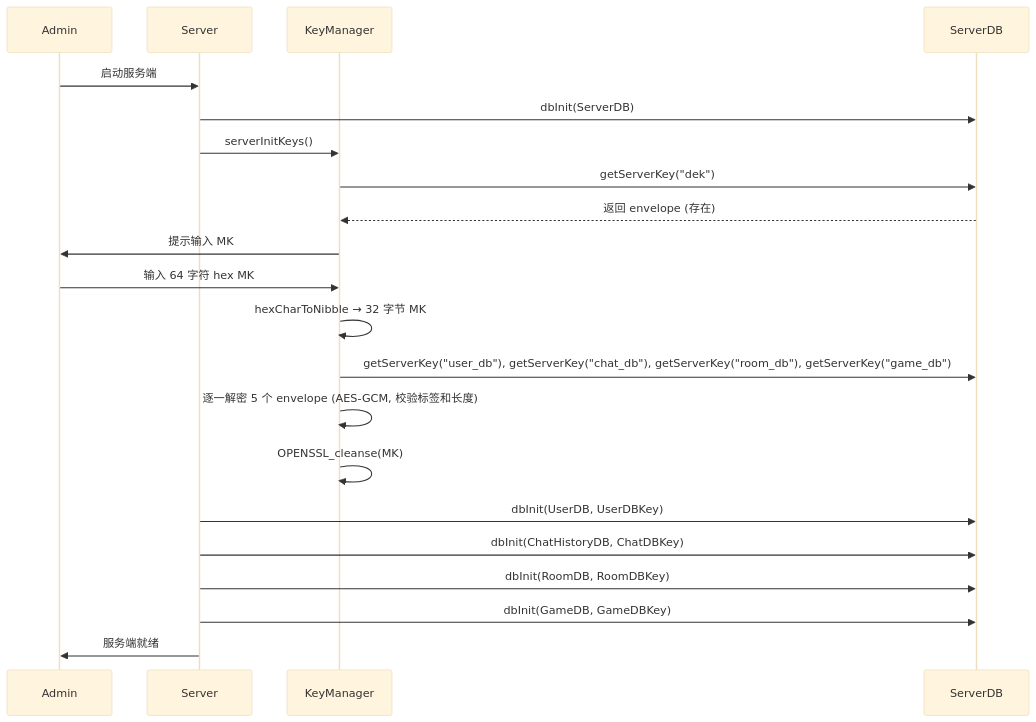
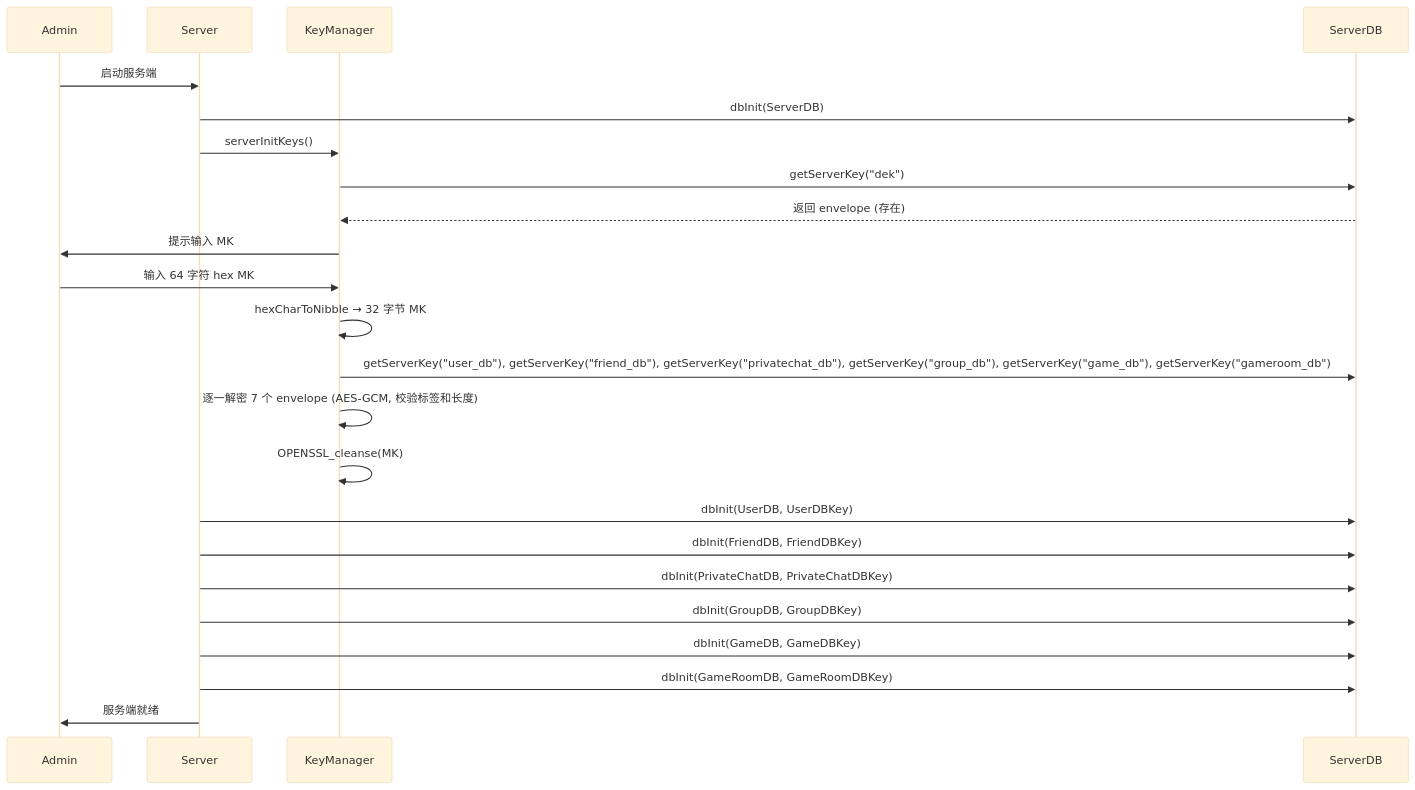
Diagram 24 of 32 in docs/API.md (WinstonMeursault/PacPlay), drawn with Mermaid (base theme) before and after one commit. The commit also changed other lines of this file and 60 other files, not shown here.

````diff
--- a/docs/API.md
+++ b/docs/API.md
@@ -2937,24 +3164,26 @@
 ```mermaid
 sequenceDiagram
     participant Admin
     participant S as Server
     participant K as KeyManager
     participant DB as ServerDB
 
     Admin->>S: 启动服务端
     S->>DB: dbInit(ServerDB)
     S->>K: serverInitKeys()
     K->>DB: getServerKey("dek")
     DB-->>K: 返回 envelope (存在)
     K->>Admin: 提示输入 MK
     Admin->>K: 输入 64 字符 hex MK
     K->>K: hexCharToNibble → 32 字节 MK
-    K->>DB: getServerKey("user_db"), getServerKey("chat_db"), getServerKey("room_db"), getServerKey("game_db")
-    K->>K: 逐一解密 5 个 envelope (AES-GCM, 校验标签和长度)
+    K->>DB: getServerKey("user_db"), getServerKey("friend_db"), getServerKey("privatechat_db"), getServerKey("group_db"), getServerKey("game_db"), getServerKey("gameroom_db")
+    K->>K: 逐一解密 7 个 envelope (AES-GCM, 校验标签和长度)
     K->>K: OPENSSL_cleanse(MK)
     S->>DB: dbInit(UserDB, UserDBKey)
-    S->>DB: dbInit(ChatHistoryDB, ChatDBKey)
-    S->>DB: dbInit(RoomDB, RoomDBKey)
+    S->>DB: dbInit(FriendDB, FriendDBKey)
+    S->>DB: dbInit(PrivateChatDB, PrivateChatDBKey)
+    S->>DB: dbInit(GroupDB, GroupDBKey)
     S->>DB: dbInit(GameDB, GameDBKey)
+    S->>DB: dbInit(GameRoomDB, GameRoomDBKey)
     S->>Admin: 服务端就绪
 ```
````
